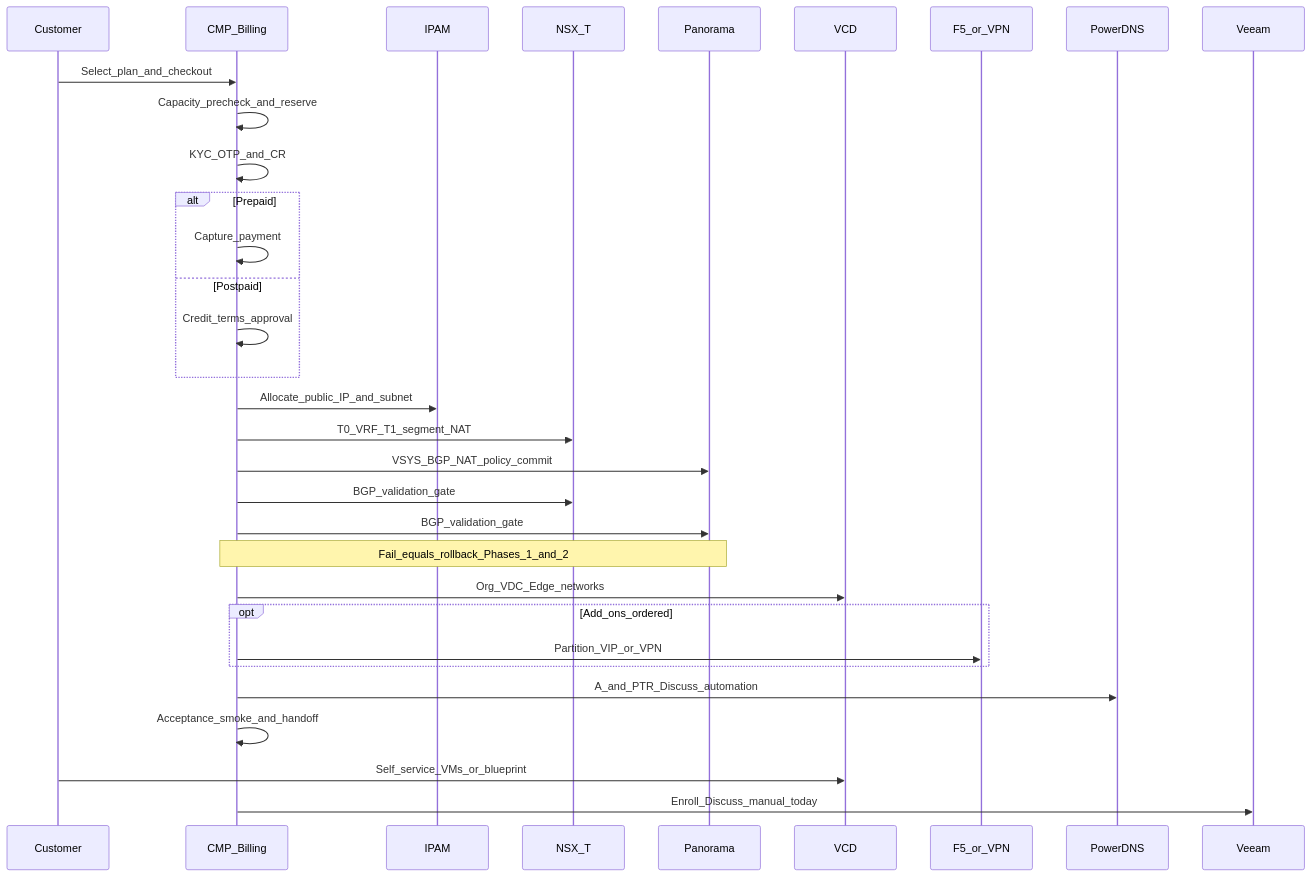
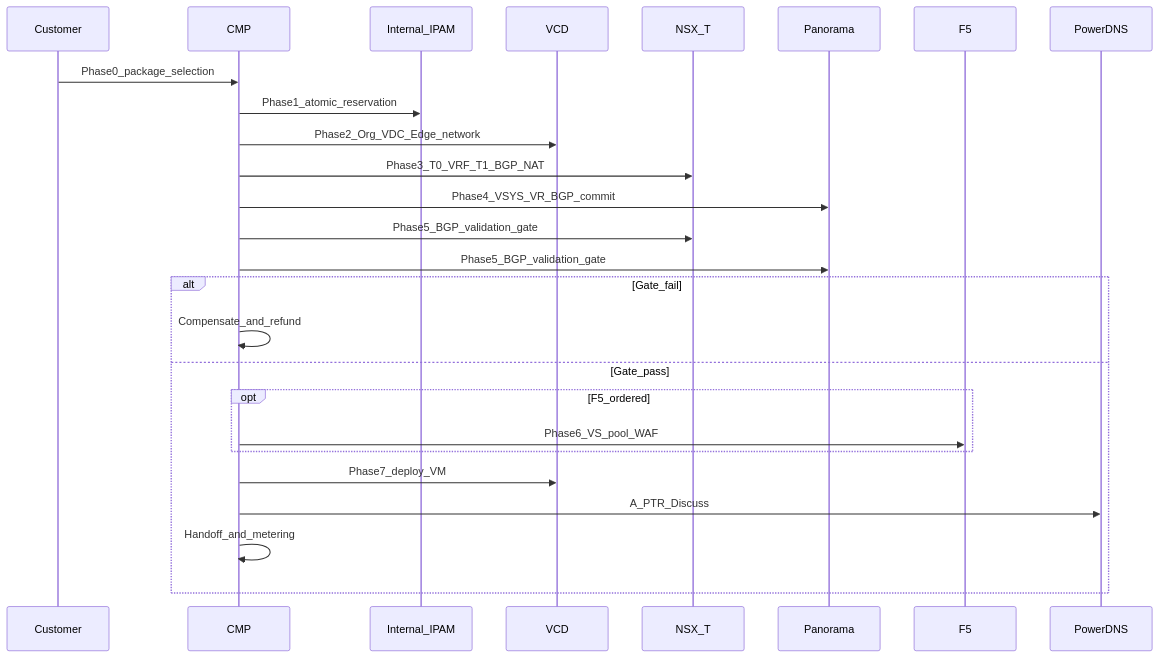
Before and after one commit to satish-londhe/admin-docs: the second of 2 diagrams in docs/engagements/datamount/index.md, drawn with Mermaid. The commit also changed other lines of this file and 60 other files, not shown here.

````diff
--- a/docs/engagements/datamount/index.md
+++ b/docs/engagements/datamount/index.md
@@ -158,35 +154,29 @@
 ```mermaid
 sequenceDiagram
   participant Cust as Customer
-  participant CMP as CMP_Billing
-  participant IPAM as IPAM
+  participant CMP as CMP
+  participant IPAM as Internal_IPAM
+  participant VCD as VCD
   participant NSX as NSX_T
   participant PA as Panorama
-  participant VCD as VCD
-  participant AddOn as F5_or_VPN
+  participant F5 as F5
   participant DNS as PowerDNS
-  participant Veeam as Veeam
 
-  Cust->>CMP: Select_plan_and_checkout
-  CMP->>CMP: Capacity_precheck_and_reserve
-  CMP->>CMP: KYC_OTP_and_CR
-  alt Prepaid
-    CMP->>CMP: Capture_payment
-  else Postpaid
-    CMP->>CMP: Credit_terms_approval
+  Cust->>CMP: Phase0_package_selection
+  CMP->>IPAM: Phase1_atomic_reservation
+  CMP->>VCD: Phase2_Org_VDC_Edge_network
+  CMP->>NSX: Phase3_T0_VRF_T1_BGP_NAT
+  CMP->>PA: Phase4_VSYS_VR_BGP_commit
+  CMP->>NSX: Phase5_BGP_validation_gate
+  CMP->>PA: Phase5_BGP_validation_gate
+  alt Gate_fail
+    CMP->>CMP: Compensate_and_refund
+  else Gate_pass
+    opt F5_ordered
+      CMP->>F5: Phase6_VS_pool_WAF
+    end
+    CMP->>VCD: Phase7_deploy_VM
+    CMP->>DNS: A_PTR_Discuss
+    CMP->>CMP: Handoff_and_metering
   end
-  CMP->>IPAM: Allocate_public_IP_and_subnet
-  CMP->>NSX: T0_VRF_T1_segment_NAT
-  CMP->>PA: VSYS_BGP_NAT_policy_commit
-  CMP->>NSX: BGP_validation_gate
-  CMP->>PA: BGP_validation_gate
-  Note over CMP,PA: Fail_equals_rollback_Phases_1_and_2
-  CMP->>VCD: Org_VDC_Edge_networks
-  opt Add_ons_ordered
-    CMP->>AddOn: Partition_VIP_or_VPN
-  end
-  CMP->>DNS: A_and_PTR_Discuss_automation
-  CMP->>CMP: Acceptance_smoke_and_handoff
-  Cust->>VCD: Self_service_VMs_or_blueprint
-  CMP->>Veeam: Enroll_Discuss_manual_today
 ```
````
